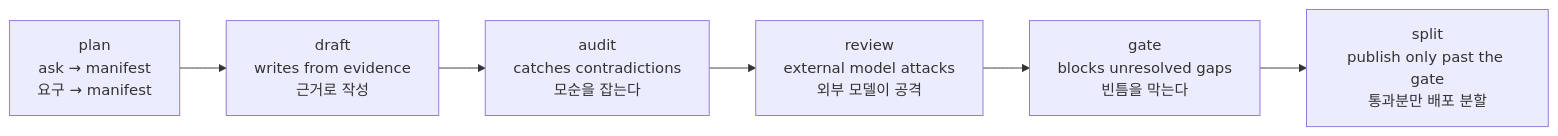
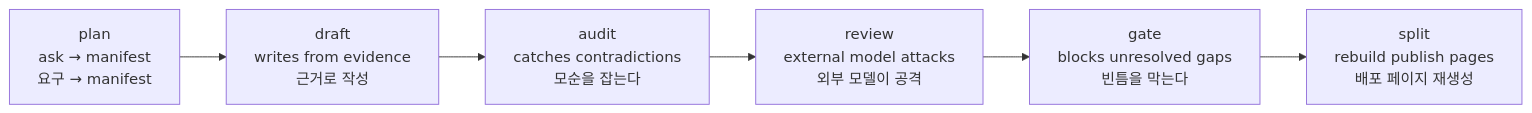
Before and after one commit to kaidomo/docloop: the diagram in README.md, drawn with Mermaid. The commit also changed other lines of this file and 1 other file, not shown here.

Commit message:
docs(readme): r2 문안 정합 — verbatim/split 과잉 주장 완화, Get started 통합, 계획 문구 일반화 (r2-01~04)

````diff
--- a/README.md
+++ b/README.md
@@ -78,8 +81,8 @@
 ```mermaid
 flowchart LR
   P["plan<br/>ask → manifest<br/>요구 → manifest"] --> D["draft<br/>writes from evidence<br/>근거로 작성"]
   D --> A["audit<br/>catches contradictions<br/>모순을 잡는다"]
   A --> R["review<br/>external model attacks<br/>외부 모델이 공격"]
   R --> G["gate<br/>blocks unresolved gaps<br/>빈틈을 막는다"]
-  G --> S["split<br/>publish only past the gate<br/>통과분만 배포 분할"]
+  G --> S["split<br/>rebuild publish pages<br/>배포 페이지 재생성"]
 ```
````
